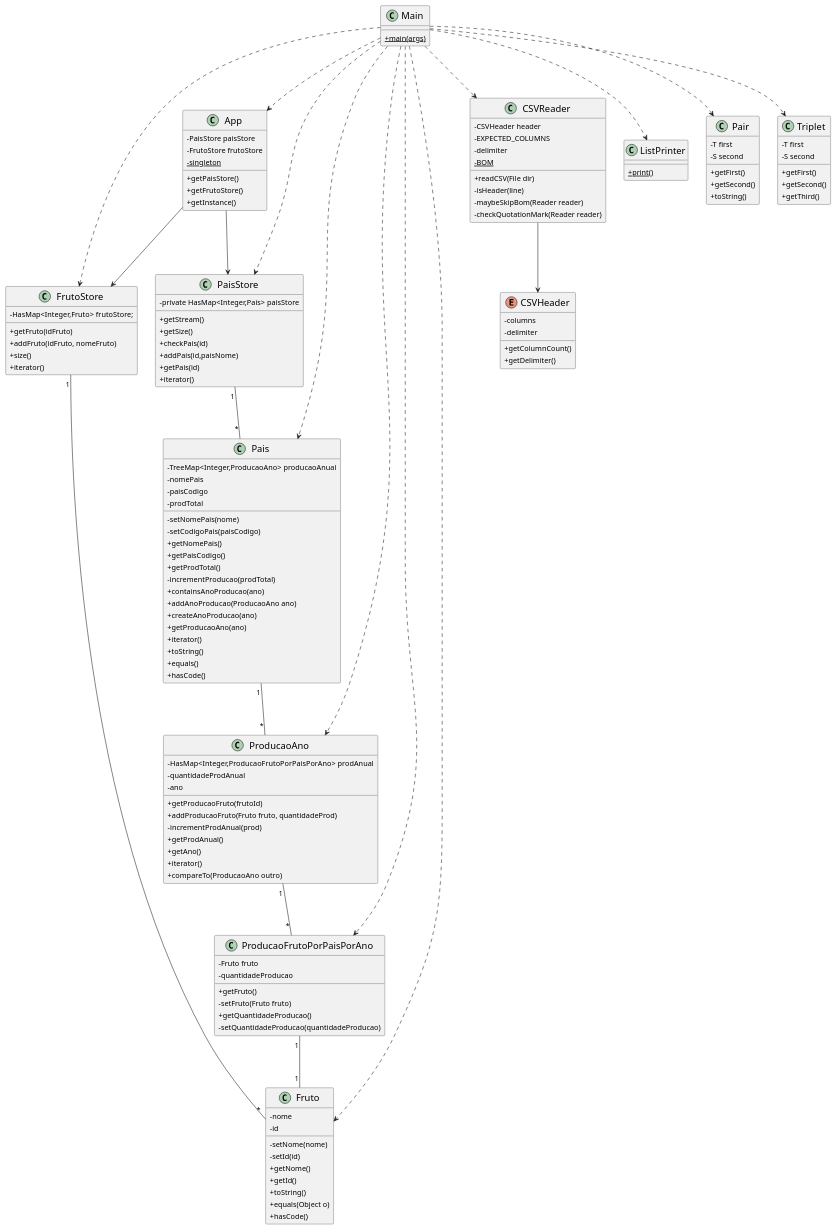
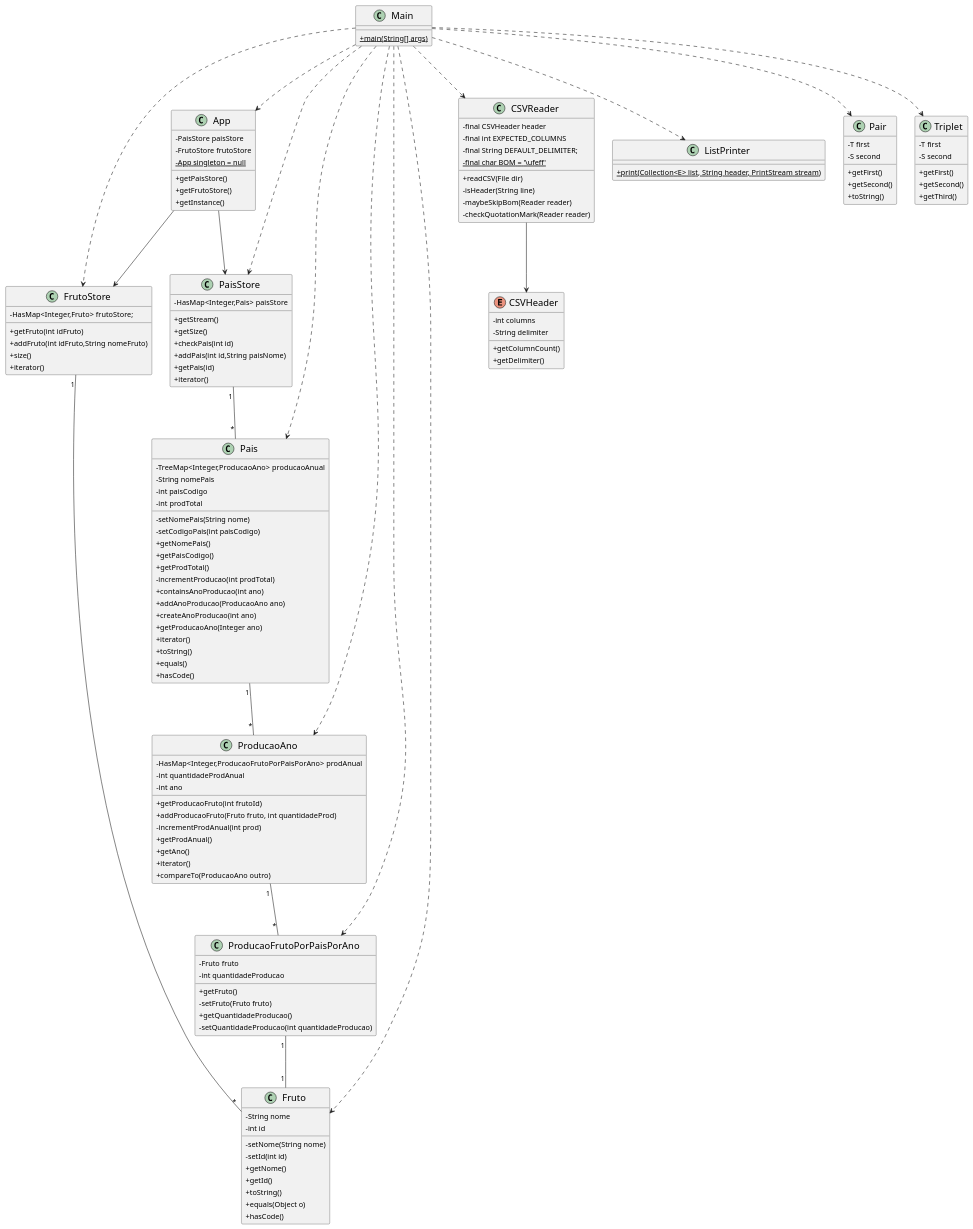
The diagram in ClassDiagram.puml (jovami/esinf-tp1), drawn with PlantUML before and after one commit. The commit also changed 2 other files, not shown here.

```diff
--- a/ClassDiagram.puml
+++ b/ClassDiagram.puml
@@ -1,171 +1,168 @@
 @startuml
 'https://plantuml.com/class-diagram
 
 skinparam classAttributeIconSize 0
 skinparam padding 2
 skinparam ranksep 100
 skinparam classFontSize 18
 
 
-'2- ADICIONAR , VERIFICAR PASSAGEM DE ATRIBUTOS SE IDENTIFICO INTEGER STRING OBJETOS ETC DENTRO DOS PARENTESIS
-
-
 class Fruto
 {
-    -nome
-    -id
-    -setNome(nome)
-    -setId(id)
+    -String nome
+    -int id
+    -setNome(String nome)
+    -setId(int id)
     +getNome()
     +getId()
     +toString()
     +equals(Object o)
     +hasCode()
 }
 
 class FrutoStore
 {
     -HasMap<Integer,Fruto> frutoStore;
-    +getFruto(idFruto)
-    +addFruto(idFruto, nomeFruto)
+    +getFruto(int idFruto)
+    +addFruto(int idFruto,String nomeFruto)
     +size()
     +iterator()
 }
 
 class Pais
 {
     -TreeMap<Integer,ProducaoAno> producaoAnual
-    -nomePais
-    -paisCodigo
-    -prodTotal
-    -setNomePais(nome)
-    -setCodigoPais(paisCodigo)
+    -String nomePais
+    -int paisCodigo
+    -int prodTotal
+    -setNomePais(String nome)
+    -setCodigoPais(int paisCodigo)
     +getNomePais()
     +getPaisCodigo()
     +getProdTotal()
-    -incrementProducao(prodTotal)
-    +containsAnoProducao(ano)
+    -incrementProducao(int prodTotal)
+    +containsAnoProducao(int ano)
     +addAnoProducao(ProducaoAno ano)
-    +createAnoProducao(ano)
-    +getProducaoAno(ano)
+    +createAnoProducao(int ano)
+    +getProducaoAno(Integer ano)
     +iterator()
     +toString()
     +equals()
     +hasCode()
 }
 
 class PaisStore
 {
-    -private HasMap<Integer,Pais> paisStore
+    -HasMap<Integer,Pais> paisStore
     +getStream()
     +getSize()
-    +checkPais(id)
-    +addPais(id,paisNome)
+    +checkPais(int id)
+    +addPais(int id,String paisNome)
     +getPais(id)
     +iterator()
 }
 
 class ProducaoAno
 {
     -HasMap<Integer,ProducaoFrutoPorPaisPorAno> prodAnual
-    -quantidadeProdAnual
-    -ano
-    +getProducaoFruto(frutoId)
-    +addProducaoFruto(Fruto fruto, quantidadeProd)
-    -incrementProdAnual(prod)
+    -int quantidadeProdAnual
+    -int ano
+    +getProducaoFruto(int frutoId)
+    +addProducaoFruto(Fruto fruto, int quantidadeProd)
+    -incrementProdAnual(int prod)
     +getProdAnual()
     +getAno()
     +iterator()
     +compareTo(ProducaoAno outro)
 }
 
 class ProducaoFrutoPorPaisPorAno
 {
     -Fruto fruto
-    -quantidadeProducao
+    -int quantidadeProducao
     +getFruto()
     -setFruto(Fruto fruto)
     +getQuantidadeProducao()
-    -setQuantidadeProducao(quantidadeProducao)
+    -setQuantidadeProducao(int quantidadeProducao)
 }
 
 class CSVReader
 {
-    -CSVHeader header
-    -EXPECTED_COLUMNS
-    -delimiter
-    -{static}BOM
+    -final CSVHeader header
+    -final int EXPECTED_COLUMNS
+    -final String DEFAULT_DELIMITER;
+    -{static}final char BOM = '\ufeff'
     +readCSV(File dir)
-    -isHeader(line)
+    -isHeader(String line)
     -maybeSkipBom(Reader reader)
     -checkQuotationMark(Reader reader)
 }
 
 enum CSVHeader
 {
-    -columns
-    -delimiter
+    -int columns
+    -String delimiter
     +getColumnCount()
     +getDelimiter()
 }
 
 class ListPrinter
 {
-    +{static}print()
+    +{static}print(Collection<E> list, String header, PrintStream stream)
 }
 
 class Pair
 {
     -T first
     -S second
     +getFirst()
     +getSecond()
     +toString()
 }
 
 class Triplet
 {
     -T first
     -S second
     +getFirst()
     +getSecond()
     +getThird()
 }
 
 class App
 {
     -PaisStore paisStore
     -FrutoStore frutoStore
     +getPaisStore()
     +getFrutoStore()
-    -{static}singleton
+    -{static}App singleton = null
     +getInstance()
 }
 
 class Main
 {
-    +{static}main(args)
+    +{static}main(String[] args)
 }
 
 PaisStore "1" -- "*" Pais
 Pais "1" -- "*" ProducaoAno
 ProducaoAno "1" -- "*" ProducaoFrutoPorPaisPorAno
 ProducaoFrutoPorPaisPorAno "1" -- "1" Fruto
 FrutoStore "1" -- "*" Fruto
 Main ..> Pais
 Main ..> PaisStore
 Main ..> ProducaoAno
 Main ..> ProducaoFrutoPorPaisPorAno
 Main ..> FrutoStore
 Main ..>Fruto
 Main ..> App
 Main ..> CSVReader
 Main ..> ListPrinter
 Main ..> Pair
 Main ..> Triplet
 App --> PaisStore
 App --> FrutoStore
 CSVReader --> CSVHeader
 
 
 @enduml
```
